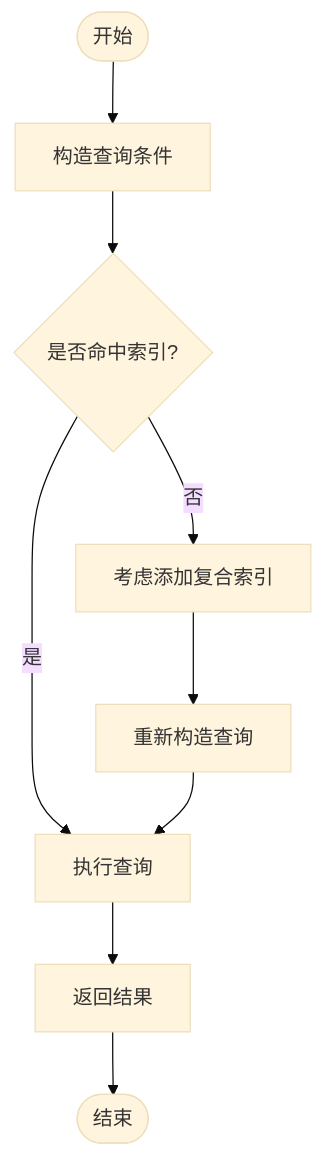
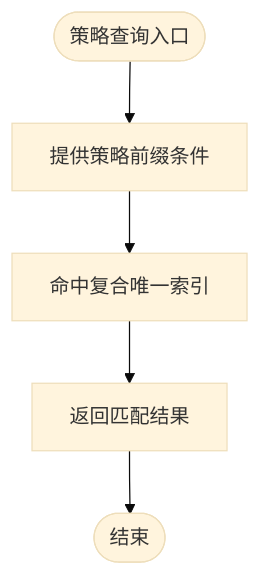
Before and after one commit to wuwuseo/e-sports-go-admin: the fifth of 7 diagrams in .qoder/repowiki/zh/content/数据库设计/索引与性能优化.md, drawn with Mermaid (base theme). The commit also changed other lines of this file and 141 other files, not shown here.

````diff
--- a/.qoder/repowiki/zh/content/数据库设计/索引与性能优化.md
+++ b/.qoder/repowiki/zh/content/数据库设计/索引与性能优化.md
@@ -243,11 +203,7 @@
 ```mermaid
 flowchart TD
-Start(["开始"]) --> Build["构造查询条件"]
-Build --> Match{"是否命中索引?"}
-Match -- 否 --> AddIdx["考虑添加复合索引"]
-Match -- 是 --> Exec["执行查询"]
-AddIdx --> Rebuild["重新构造查询"]
-Rebuild --> Exec
-Exec --> Result["返回结果"]
-Result --> End(["结束"])
+CStart(["策略查询入口"]) --> Prefix["提供策略前缀条件"]
+Prefix --> Match["命中复合唯一索引"]
+Match --> Result["返回匹配结果"]
+Result --> CEnd(["结束"])
 ```
````
